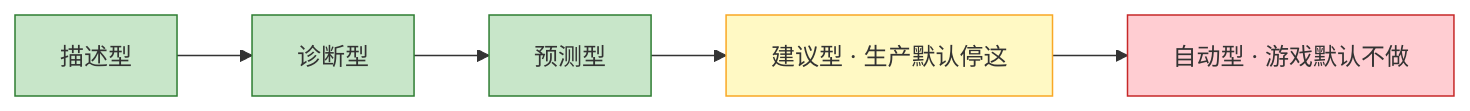
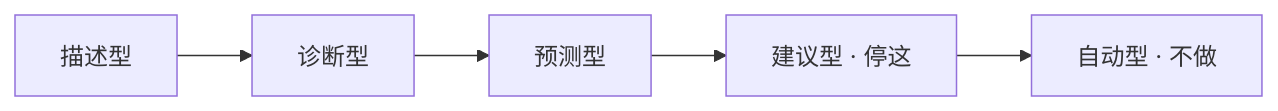
The third of 4 diagrams in 09-AI与智能运维/09-AIOps落地/知识点.md (ml-cuizijun/LearnToLilith), drawn with Mermaid before and after one commit. The commit also changed other lines of this file and 107 other files, not shown here.

````diff
--- a/09-AI与智能运维/09-AIOps落地/知识点.md
+++ b/09-AI与智能运维/09-AIOps落地/知识点.md
@@ -212,14 +237,4 @@
 ```mermaid
 flowchart LR
-    classDef ok fill:#c8e6c9,stroke:#2e7d32
-    classDef stop fill:#fff9c4,stroke:#f9a825
-    classDef bad fill:#ffcdd2,stroke:#c62828
-
-    A["描述型"]:::ok
-    B["诊断型"]:::ok
-    C["预测型"]:::ok
-    D["建议型 · 生产默认停这"]:::stop
-    E["自动型 · 游戏默认不做"]:::bad
-
-    A --> B --> C --> D --> E
+    A["描述型"] --> B["诊断型"] --> C["预测型"] --> D["建议型 · 停这"] --> E["自动型 · 不做"]
 ```
````
